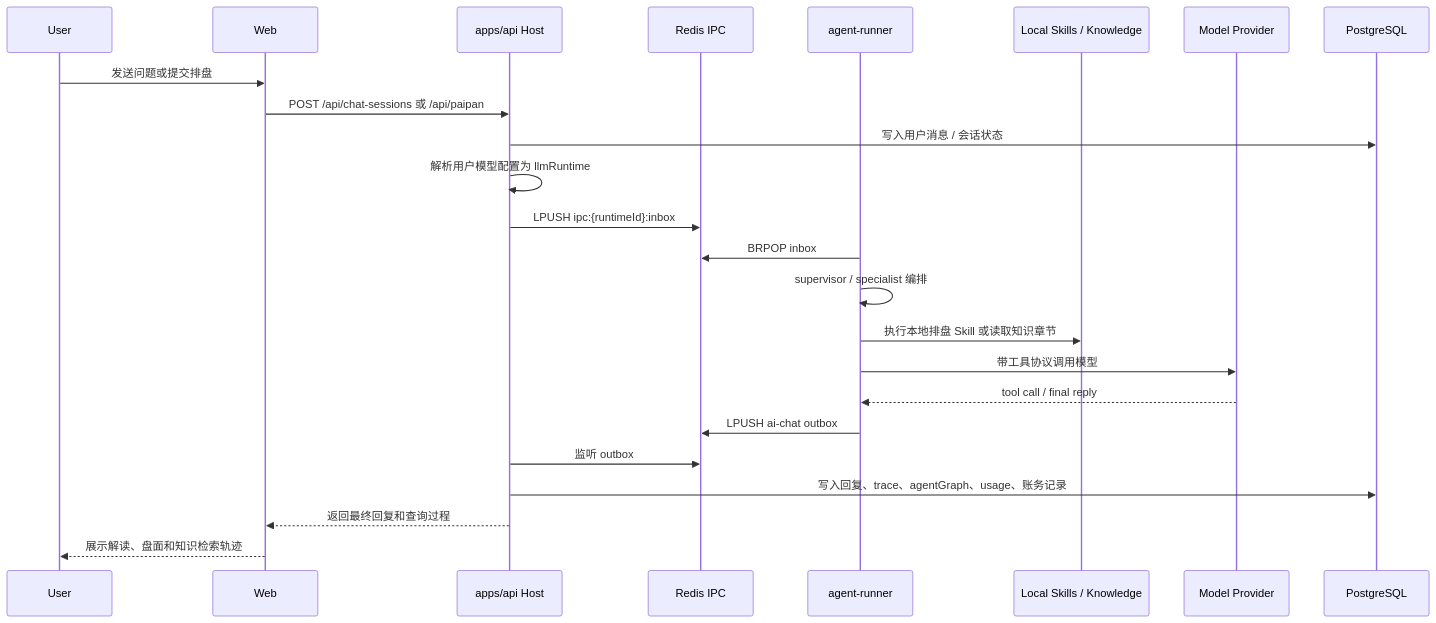
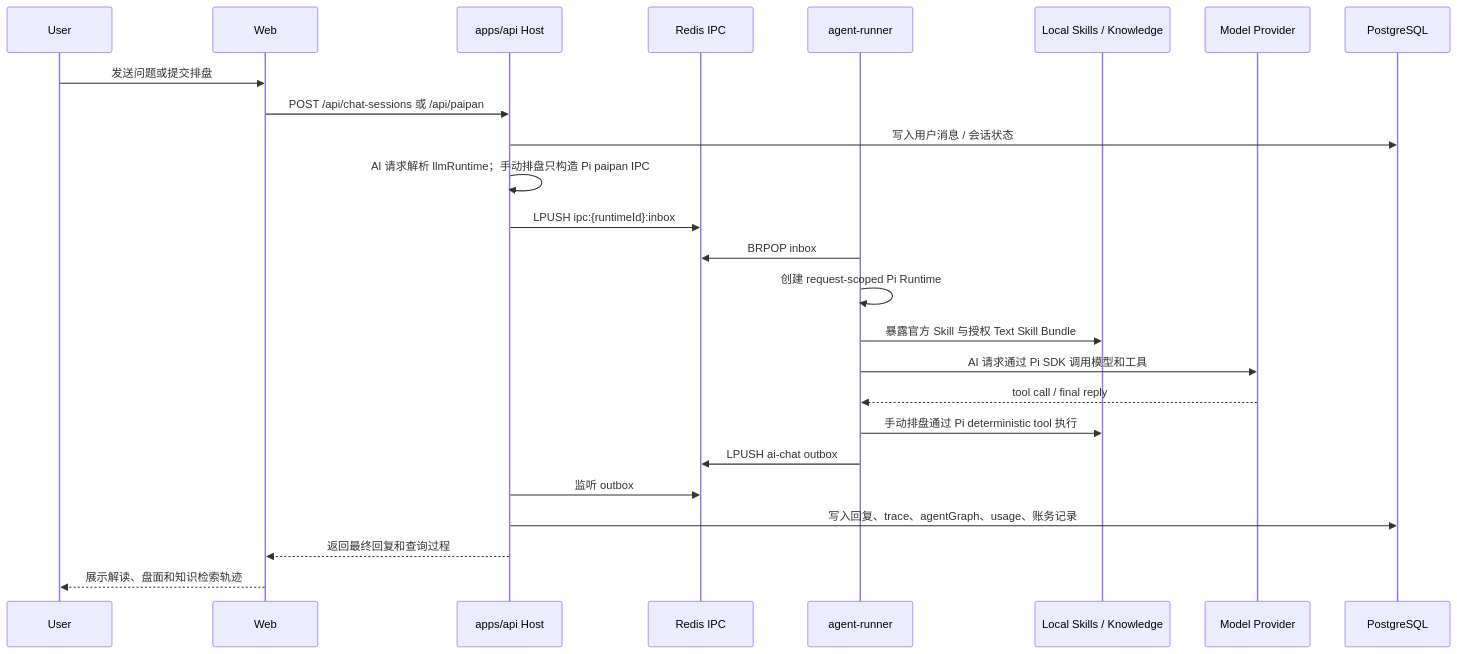
Before and after one commit to Coaixy/FateClaw: the third of 3 diagrams in README.md, drawn with Mermaid. The commit also changed other lines of this file and 127 other files, not shown here.

First line of the commit message:
refactor agent runtime to Pi skill bundles

````diff
--- a/README.md
+++ b/README.md
@@ -114,27 +100,28 @@
 ```mermaid
 sequenceDiagram
   participant U as User
   participant W as Web
   participant H as apps/api Host
   participant R as Redis IPC
   participant A as agent-runner
   participant S as Local Skills / Knowledge
   participant M as Model Provider
   participant DB as PostgreSQL
 
   U->>W: 发送问题或提交排盘
   W->>H: POST /api/chat-sessions 或 /api/paipan
   H->>DB: 写入用户消息 / 会话状态
-  H->>H: 解析用户模型配置为 llmRuntime
+  H->>H: AI 请求解析 llmRuntime；手动排盘只构造 Pi paipan IPC
   H->>R: LPUSH ipc:{runtimeId}:inbox
   A->>R: BRPOP inbox
-  A->>A: supervisor / specialist 编排
-  A->>S: 执行本地排盘 Skill 或读取知识章节
-  A->>M: 带工具协议调用模型
+  A->>A: 创建 request-scoped Pi Runtime
+  A->>S: 暴露官方 Skill 与授权 Text Skill Bundle
+  A->>M: AI 请求通过 Pi SDK 调用模型和工具
   M-->>A: tool call / final reply
+  A->>S: 手动排盘通过 Pi deterministic tool 执行
   A->>R: LPUSH ai-chat outbox
   H->>R: 监听 outbox
   H->>DB: 写入回复、trace、agentGraph、usage、账务记录
   H-->>W: 返回最终回复和查询过程
   W-->>U: 展示解读、盘面和知识检索轨迹
 ```
````
